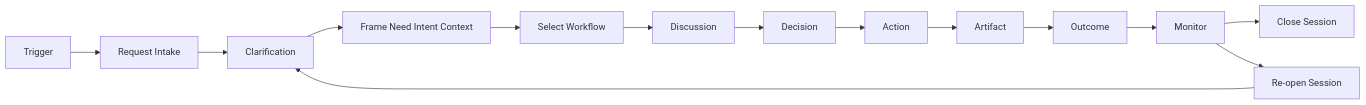
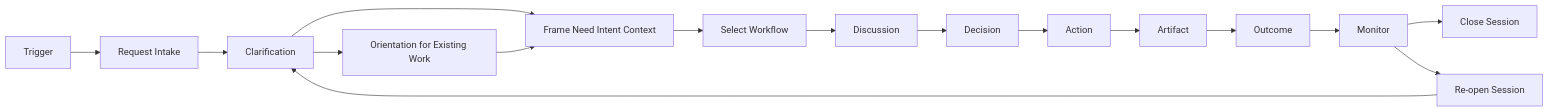
Before and after one commit to popcoondev/ai-organization-framework: the first of 4 diagrams in README.md, drawn with Mermaid. The commit also changed other lines of this file and 3 other files, not shown here.

Commit message:
Add orientation capture for existing projects

````diff
--- a/README.md
+++ b/README.md
@@ -51,21 +51,23 @@
 ```mermaid
 flowchart LR
     trigger[Trigger]
     request[Request Intake]
     clarify[Clarification]
+    orient[Orientation for Existing Work]
     frame[Frame Need Intent Context]
     select[Select Workflow]
     discuss[Discussion]
     decide[Decision]
     act[Action]
     artifact[Artifact]
     outcome[Outcome]
     monitor[Monitor]
     reopen[Re-open Session]
     close[Close Session]
 
     trigger --> request --> clarify --> frame --> select --> discuss --> decide --> act --> artifact --> outcome --> monitor
+    clarify --> orient --> frame
     monitor --> close
     monitor --> reopen
     reopen --> clarify
 ```
````
